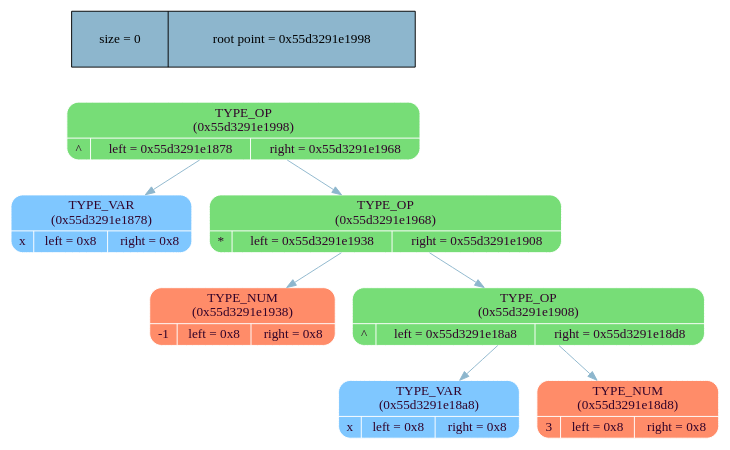
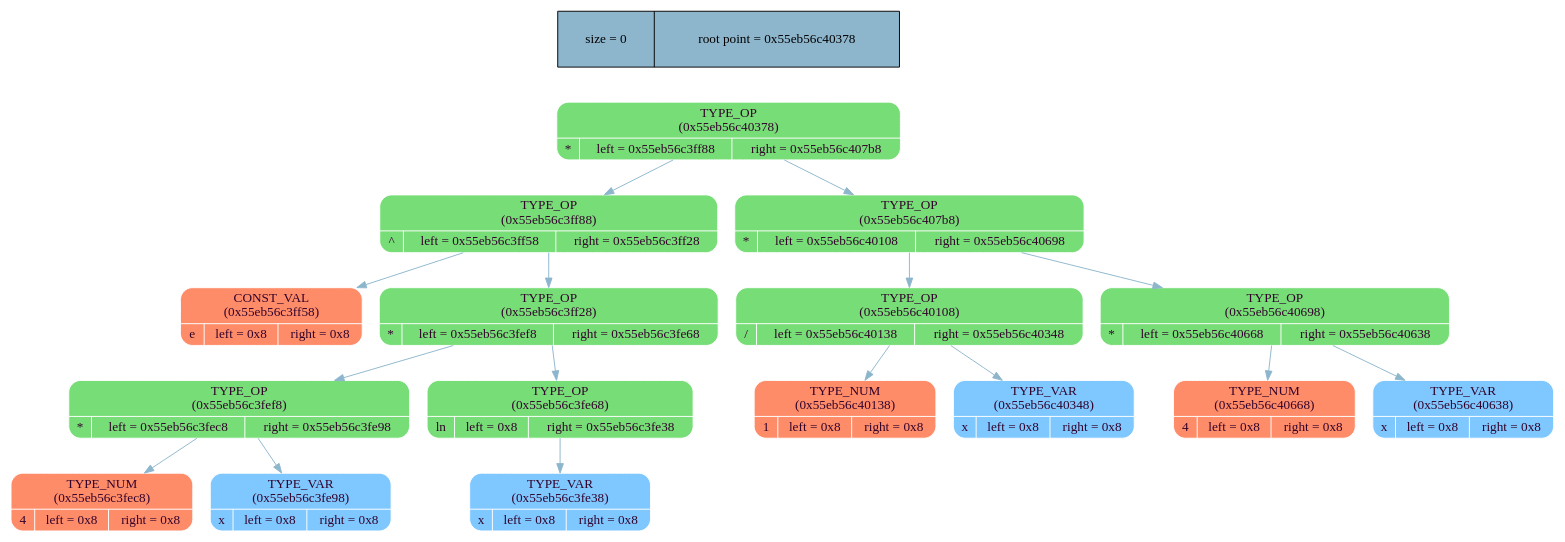
One commit to MaxGroshev/differentiator changed the diagram in tree/graph_lib/tree_dump.dot. Above: the diagram before and after it, drawn with Graphviz. The commit also changed 9 other files, not shown here.

```diff
--- a/tree/graph_lib/tree_dump.dot
+++ b/tree/graph_lib/tree_dump.dot
@@ -1,22 +1,40 @@
 digraph   
 {
 rankdir = ""
 splines = "true"
 
-node_stat [margin = "0.3*0.3", style = "filled", shape = "record", fillcolor = "#8DB6CD" label = " size = 0 | root point = 0x55d3291e1998"]
+node_stat [margin = "0.3*0.3", style = "filled", shape = "record", fillcolor = "#8DB6CD" label = " size = 0 | root point = 0x55eb56c40378"]
 {rank = source; node_stat}
 
-node0x55d3291e1998 [shape = "Mrecord", fillcolor = "#77DD77", style = "filled", fontcolor = "#31032A", fontname = "Calibri", color = "white", label = "{TYPE_OP\n (0x55d3291e1998)| {^ |left = 0x55d3291e1878 |right = 0x55d3291e1968}}"]
-node0x55d3291e1998 -> node0x55d3291e1878 [color = "#8DB6CD", style = "", constraint = true, fillcolor = "#8DB6CD",   fontcolor = "", fontname = "Calibri", label = ""];
-node0x55d3291e1878 [shape = "Mrecord", fillcolor = "#7FC7FF", style = "filled", fontcolor = "#31032A", fontname = "Calibri", color = "white", label = "{TYPE_VAR\n (0x55d3291e1878)| {x |left = 0x8 |right = 0x8}}"]
-node0x55d3291e1998 -> node0x55d3291e1968 [color = "#8DB6CD", style = "", constraint = true, fillcolor = "#8DB6CD",   fontcolor = "", fontname = "Calibri", label = ""];
-node0x55d3291e1968 [shape = "Mrecord", fillcolor = "#77DD77", style = "filled", fontcolor = "#31032A", fontname = "Calibri", color = "white", label = "{TYPE_OP\n (0x55d3291e1968)| {* |left = 0x55d3291e1938 |right = 0x55d3291e1908}}"]
-node0x55d3291e1968 -> node0x55d3291e1938 [color = "#8DB6CD", style = "", constraint = true, fillcolor = "#8DB6CD",   fontcolor = "", fontname = "Calibri", label = ""];
-node0x55d3291e1938 [shape = "Mrecord", fillcolor = "#FF8C69", style = "filled", fontcolor = "#31032A", fontname = "Calibri", color = "white", label = "{TYPE_NUM\n (0x55d3291e1938)| {-1 |left = 0x8 |right = 0x8}}"]
-node0x55d3291e1968 -> node0x55d3291e1908 [color = "#8DB6CD", style = "", constraint = true, fillcolor = "#8DB6CD",   fontcolor = "", fontname = "Calibri", label = ""];
-node0x55d3291e1908 [shape = "Mrecord", fillcolor = "#77DD77", style = "filled", fontcolor = "#31032A", fontname = "Calibri", color = "white", label = "{TYPE_OP\n (0x55d3291e1908)| {^ |left = 0x55d3291e18a8 |right = 0x55d3291e18d8}}"]
-node0x55d3291e1908 -> node0x55d3291e18a8 [color = "#8DB6CD", style = "", constraint = true, fillcolor = "#8DB6CD",   fontcolor = "", fontname = "Calibri", label = ""];
-node0x55d3291e18a8 [shape = "Mrecord", fillcolor = "#7FC7FF", style = "filled", fontcolor = "#31032A", fontname = "Calibri", color = "white", label = "{TYPE_VAR\n (0x55d3291e18a8)| {x |left = 0x8 |right = 0x8}}"]
-node0x55d3291e1908 -> node0x55d3291e18d8 [color = "#8DB6CD", style = "", constraint = true, fillcolor = "#8DB6CD",   fontcolor = "", fontname = "Calibri", label = ""];
-node0x55d3291e18d8 [shape = "Mrecord", fillcolor = "#FF8C69", style = "filled", fontcolor = "#31032A", fontname = "Calibri", color = "white", label = "{TYPE_NUM\n (0x55d3291e18d8)| {3 |left = 0x8 |right = 0x8}}"]
+node0x55eb56c40378 [shape = "Mrecord", fillcolor = "#77DD77", style = "filled", fontcolor = "#31032A", fontname = "Calibri", color = "white", label = "{TYPE_OP\n (0x55eb56c40378)| {* |left = 0x55eb56c3ff88 |right = 0x55eb56c407b8}}"]
+node0x55eb56c40378 -> node0x55eb56c3ff88 [color = "#8DB6CD", style = "", constraint = true, fillcolor = "#8DB6CD",   fontcolor = "", fontname = "Calibri", label = ""];
+node0x55eb56c3ff88 [shape = "Mrecord", fillcolor = "#77DD77", style = "filled", fontcolor = "#31032A", fontname = "Calibri", color = "white", label = "{TYPE_OP\n (0x55eb56c3ff88)| {^ |left = 0x55eb56c3ff58 |right = 0x55eb56c3ff28}}"]
+node0x55eb56c3ff88 -> node0x55eb56c3ff58 [color = "#8DB6CD", style = "", constraint = true, fillcolor = "#8DB6CD",   fontcolor = "", fontname = "Calibri", label = ""];
+node0x55eb56c3ff58 [shape = "Mrecord", fillcolor = "#FF8C69", style = "filled", fontcolor = "#31032A", fontname = "Calibri", color = "white", label = "{CONST_VAL\n (0x55eb56c3ff58)| {e |left = 0x8 |right = 0x8}}"]
+node0x55eb56c3ff88 -> node0x55eb56c3ff28 [color = "#8DB6CD", style = "", constraint = true, fillcolor = "#8DB6CD",   fontcolor = "", fontname = "Calibri", label = ""];
+node0x55eb56c3ff28 [shape = "Mrecord", fillcolor = "#77DD77", style = "filled", fontcolor = "#31032A", fontname = "Calibri", color = "white", label = "{TYPE_OP\n (0x55eb56c3ff28)| {* |left = 0x55eb56c3fef8 |right = 0x55eb56c3fe68}}"]
+node0x55eb56c3ff28 -> node0x55eb56c3fef8 [color = "#8DB6CD", style = "", constraint = true, fillcolor = "#8DB6CD",   fontcolor = "", fontname = "Calibri", label = ""];
+node0x55eb56c3fef8 [shape = "Mrecord", fillcolor = "#77DD77", style = "filled", fontcolor = "#31032A", fontname = "Calibri", color = "white", label = "{TYPE_OP\n (0x55eb56c3fef8)| {* |left = 0x55eb56c3fec8 |right = 0x55eb56c3fe98}}"]
+node0x55eb56c3fef8 -> node0x55eb56c3fec8 [color = "#8DB6CD", style = "", constraint = true, fillcolor = "#8DB6CD",   fontcolor = "", fontname = "Calibri", label = ""];
+node0x55eb56c3fec8 [shape = "Mrecord", fillcolor = "#FF8C69", style = "filled", fontcolor = "#31032A", fontname = "Calibri", color = "white", label = "{TYPE_NUM\n (0x55eb56c3fec8)| {4 |left = 0x8 |right = 0x8}}"]
+node0x55eb56c3fef8 -> node0x55eb56c3fe98 [color = "#8DB6CD", style = "", constraint = true, fillcolor = "#8DB6CD",   fontcolor = "", fontname = "Calibri", label = ""];
+node0x55eb56c3fe98 [shape = "Mrecord", fillcolor = "#7FC7FF", style = "filled", fontcolor = "#31032A", fontname = "Calibri", color = "white", label = "{TYPE_VAR\n (0x55eb56c3fe98)| {x |left = 0x8 |right = 0x8}}"]
+node0x55eb56c3ff28 -> node0x55eb56c3fe68 [color = "#8DB6CD", style = "", constraint = true, fillcolor = "#8DB6CD",   fontcolor = "", fontname = "Calibri", label = ""];
+node0x55eb56c3fe68 [shape = "Mrecord", fillcolor = "#77DD77", style = "filled", fontcolor = "#31032A", fontname = "Calibri", color = "white", label = "{TYPE_OP\n (0x55eb56c3fe68)| {ln |left = 0x8 |right = 0x55eb56c3fe38}}"]
+node0x55eb56c3fe68 -> node0x55eb56c3fe38 [color = "#8DB6CD", style = "", constraint = true, fillcolor = "#8DB6CD",   fontcolor = "", fontname = "Calibri", label = ""];
+node0x55eb56c3fe38 [shape = "Mrecord", fillcolor = "#7FC7FF", style = "filled", fontcolor = "#31032A", fontname = "Calibri", color = "white", label = "{TYPE_VAR\n (0x55eb56c3fe38)| {x |left = 0x8 |right = 0x8}}"]
+node0x55eb56c40378 -> node0x55eb56c407b8 [color = "#8DB6CD", style = "", constraint = true, fillcolor = "#8DB6CD",   fontcolor = "", fontname = "Calibri", label = ""];
+node0x55eb56c407b8 [shape = "Mrecord", fillcolor = "#77DD77", style = "filled", fontcolor = "#31032A", fontname = "Calibri", color = "white", label = "{TYPE_OP\n (0x55eb56c407b8)| {* |left = 0x55eb56c40108 |right = 0x55eb56c40698}}"]
+node0x55eb56c407b8 -> node0x55eb56c40108 [color = "#8DB6CD", style = "", constraint = true, fillcolor = "#8DB6CD",   fontcolor = "", fontname = "Calibri", label = ""];
+node0x55eb56c40108 [shape = "Mrecord", fillcolor = "#77DD77", style = "filled", fontcolor = "#31032A", fontname = "Calibri", color = "white", label = "{TYPE_OP\n (0x55eb56c40108)| {/ |left = 0x55eb56c40138 |right = 0x55eb56c40348}}"]
+node0x55eb56c40108 -> node0x55eb56c40138 [color = "#8DB6CD", style = "", constraint = true, fillcolor = "#8DB6CD",   fontcolor = "", fontname = "Calibri", label = ""];
+node0x55eb56c40138 [shape = "Mrecord", fillcolor = "#FF8C69", style = "filled", fontcolor = "#31032A", fontname = "Calibri", color = "white", label = "{TYPE_NUM\n (0x55eb56c40138)| {1 |left = 0x8 |right = 0x8}}"]
+node0x55eb56c40108 -> node0x55eb56c40348 [color = "#8DB6CD", style = "", constraint = true, fillcolor = "#8DB6CD",   fontcolor = "", fontname = "Calibri", label = ""];
+node0x55eb56c40348 [shape = "Mrecord", fillcolor = "#7FC7FF", style = "filled", fontcolor = "#31032A", fontname = "Calibri", color = "white", label = "{TYPE_VAR\n (0x55eb56c40348)| {x |left = 0x8 |right = 0x8}}"]
+node0x55eb56c407b8 -> node0x55eb56c40698 [color = "#8DB6CD", style = "", constraint = true, fillcolor = "#8DB6CD",   fontcolor = "", fontname = "Calibri", label = ""];
+node0x55eb56c40698 [shape = "Mrecord", fillcolor = "#77DD77", style = "filled", fontcolor = "#31032A", fontname = "Calibri", color = "white", label = "{TYPE_OP\n (0x55eb56c40698)| {* |left = 0x55eb56c40668 |right = 0x55eb56c40638}}"]
+node0x55eb56c40698 -> node0x55eb56c40668 [color = "#8DB6CD", style = "", constraint = true, fillcolor = "#8DB6CD",   fontcolor = "", fontname = "Calibri", label = ""];
+node0x55eb56c40668 [shape = "Mrecord", fillcolor = "#FF8C69", style = "filled", fontcolor = "#31032A", fontname = "Calibri", color = "white", label = "{TYPE_NUM\n (0x55eb56c40668)| {4 |left = 0x8 |right = 0x8}}"]
+node0x55eb56c40698 -> node0x55eb56c40638 [color = "#8DB6CD", style = "", constraint = true, fillcolor = "#8DB6CD",   fontcolor = "", fontname = "Calibri", label = ""];
+node0x55eb56c40638 [shape = "Mrecord", fillcolor = "#7FC7FF", style = "filled", fontcolor = "#31032A", fontname = "Calibri", color = "white", label = "{TYPE_VAR\n (0x55eb56c40638)| {x |left = 0x8 |right = 0x8}}"]
 }
```
